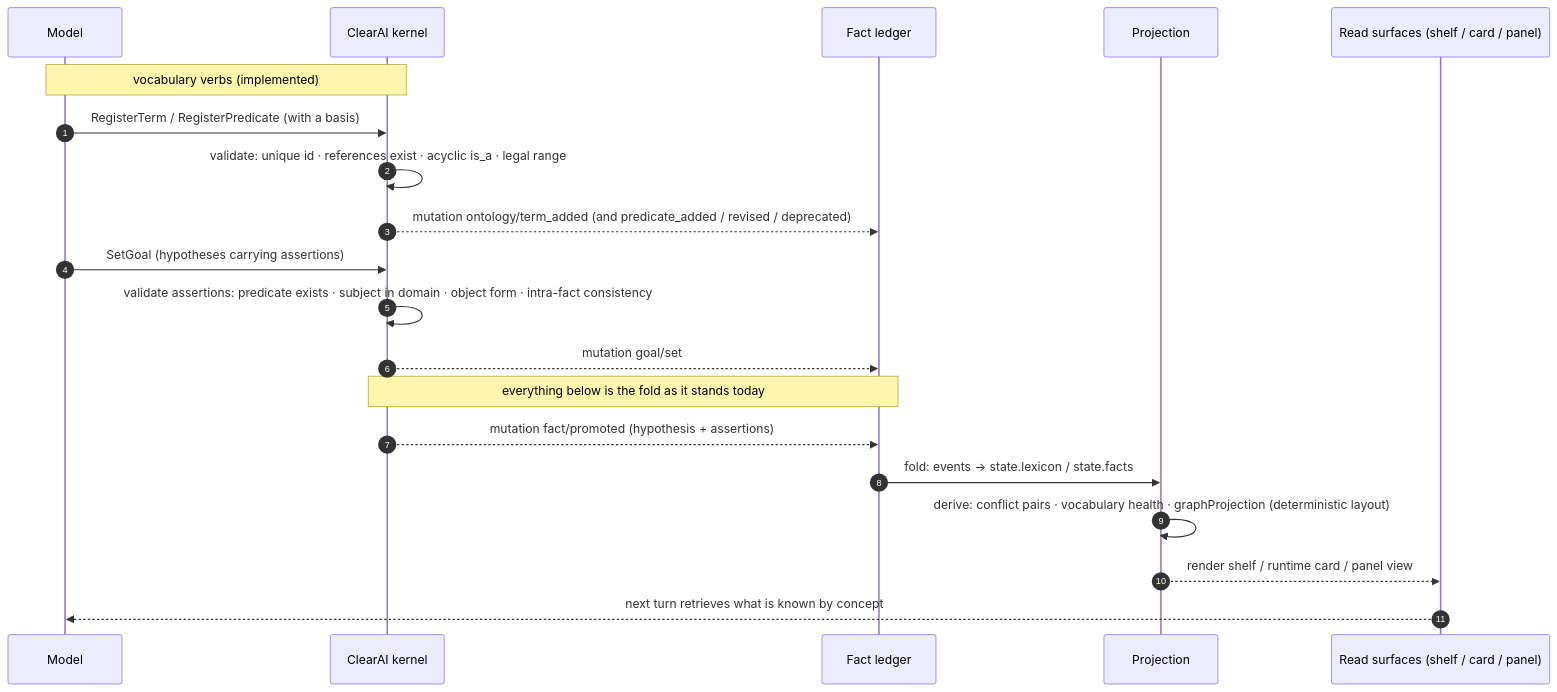
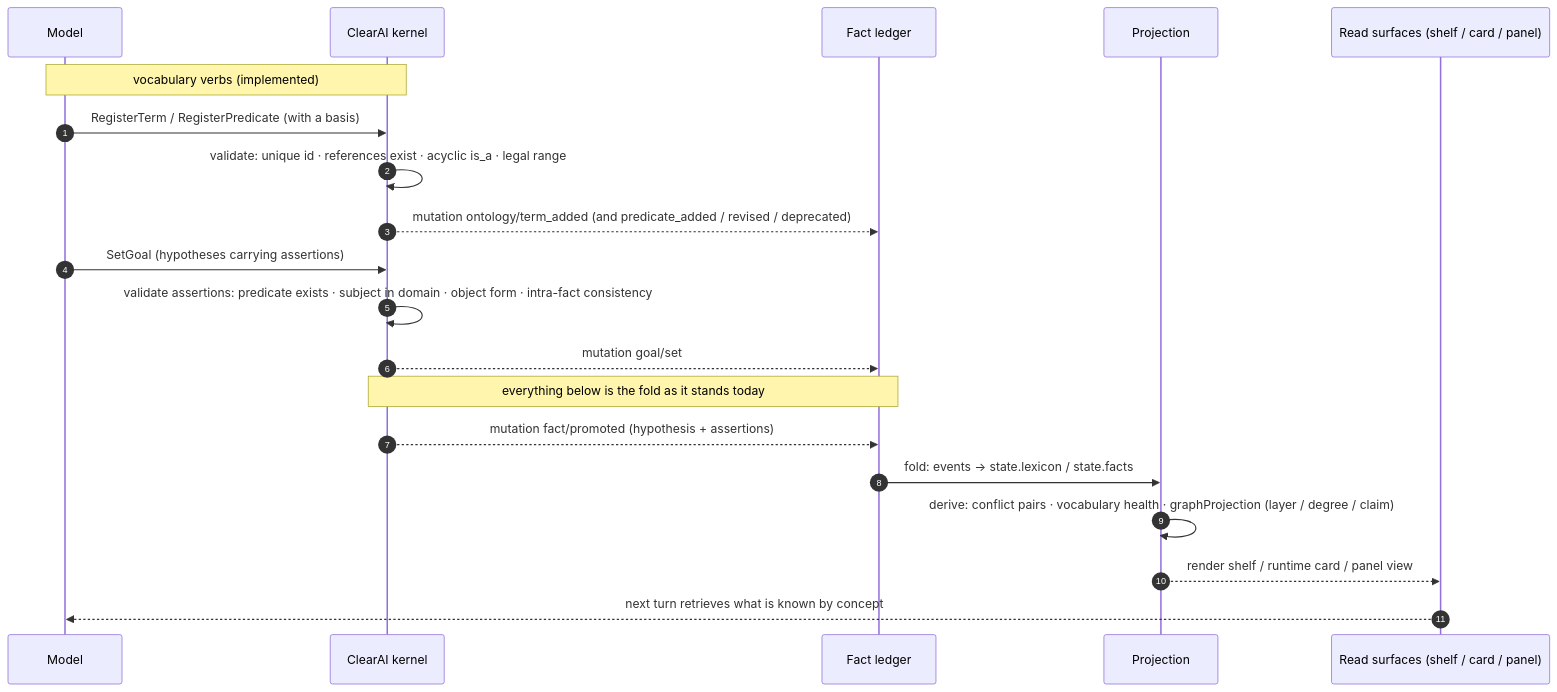
The sixth of 7 diagrams in docs/optimization/timing-diagrams.md (Clearailhc/clearai-dsh), drawn with Mermaid before and after one commit. The commit also changed other lines of this file and 7 other files, not shown here.

````diff
--- a/docs/optimization/timing-diagrams.md
+++ b/docs/optimization/timing-diagrams.md
@@ -244,23 +244,23 @@
 ```mermaid
 sequenceDiagram
     autonumber
     participant M as Model
     participant K as ClearAI kernel
     participant L as Fact ledger
     participant P as Projection
     participant G as Read surfaces (shelf / card / panel)
 
     Note over M,K: vocabulary verbs (implemented)
     M->>K: RegisterTerm / RegisterPredicate (with a basis)
     K->>K: validate: unique id · references exist · acyclic is_a · legal range
     K-->>L: mutation ontology/term_added (and predicate_added / revised / deprecated)
     M->>K: SetGoal (hypotheses carrying assertions)
     K->>K: validate assertions: predicate exists · subject in domain · object form · intra-fact consistency
     K-->>L: mutation goal/set
     Note over K,L: everything below is the fold as it stands today
     K-->>L: mutation fact/promoted (hypothesis + assertions)
     L->>P: fold: events → state.lexicon / state.facts
-    P->>P: derive: conflict pairs · vocabulary health · graphProjection (deterministic layout)
+    P->>P: derive: conflict pairs · vocabulary health · graphProjection (layer / degree / claim)
     P-->>G: render shelf / runtime card / panel view
     G-->>M: next turn retrieves what is known by concept
 ```
````
